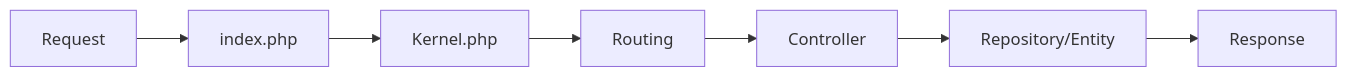
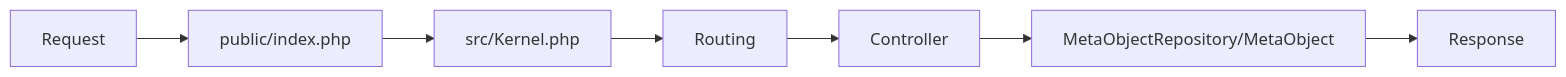
The diagram in docs/ARCHITECTURE.md (vojtabiberle/bareapi), drawn with Mermaid before and after one commit. The commit also changed other lines of this file and 16 other files, not shown here.

````diff
--- a/docs/ARCHITECTURE.md
+++ b/docs/ARCHITECTURE.md
@@ -22,9 +23,9 @@
 ```mermaid
 graph LR
-    A[Request] --> B[index.php]
-    B --> C[Kernel.php]
+    A[Request] --> B[public/index.php]
+    B --> C[src/Kernel.php]
     C --> D[Routing]
     D --> E[Controller]
-    E --> F[Repository/Entity]
+    E --> F[MetaObjectRepository/MetaObject]
     F --> G[Response]
 ```
````
